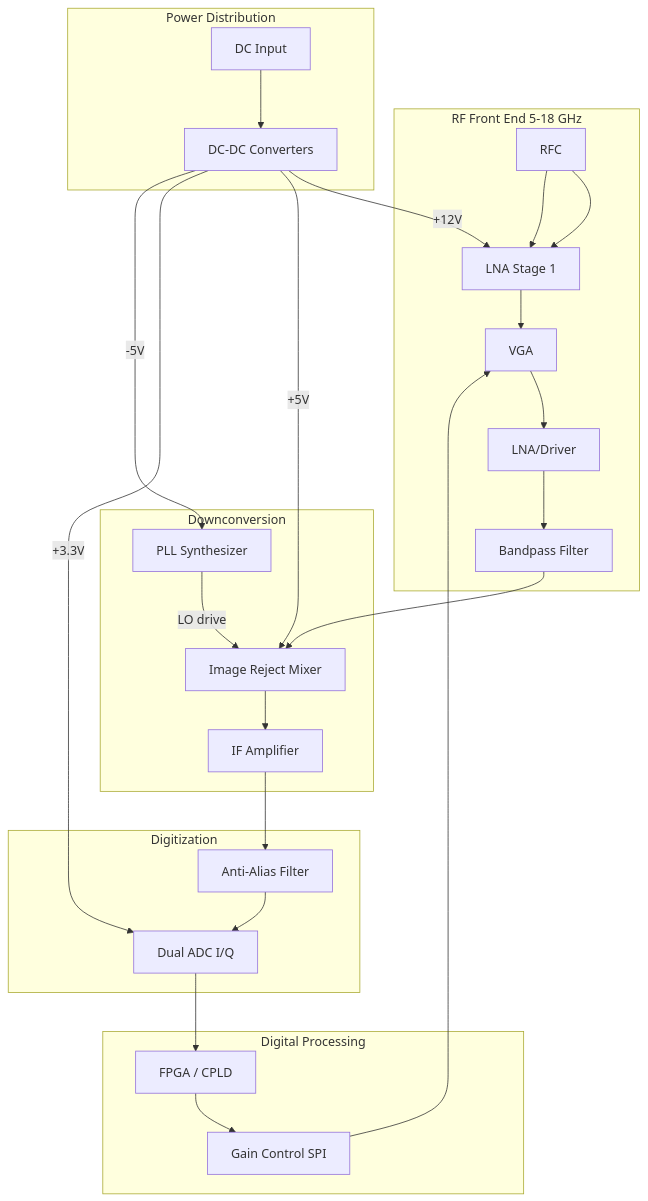
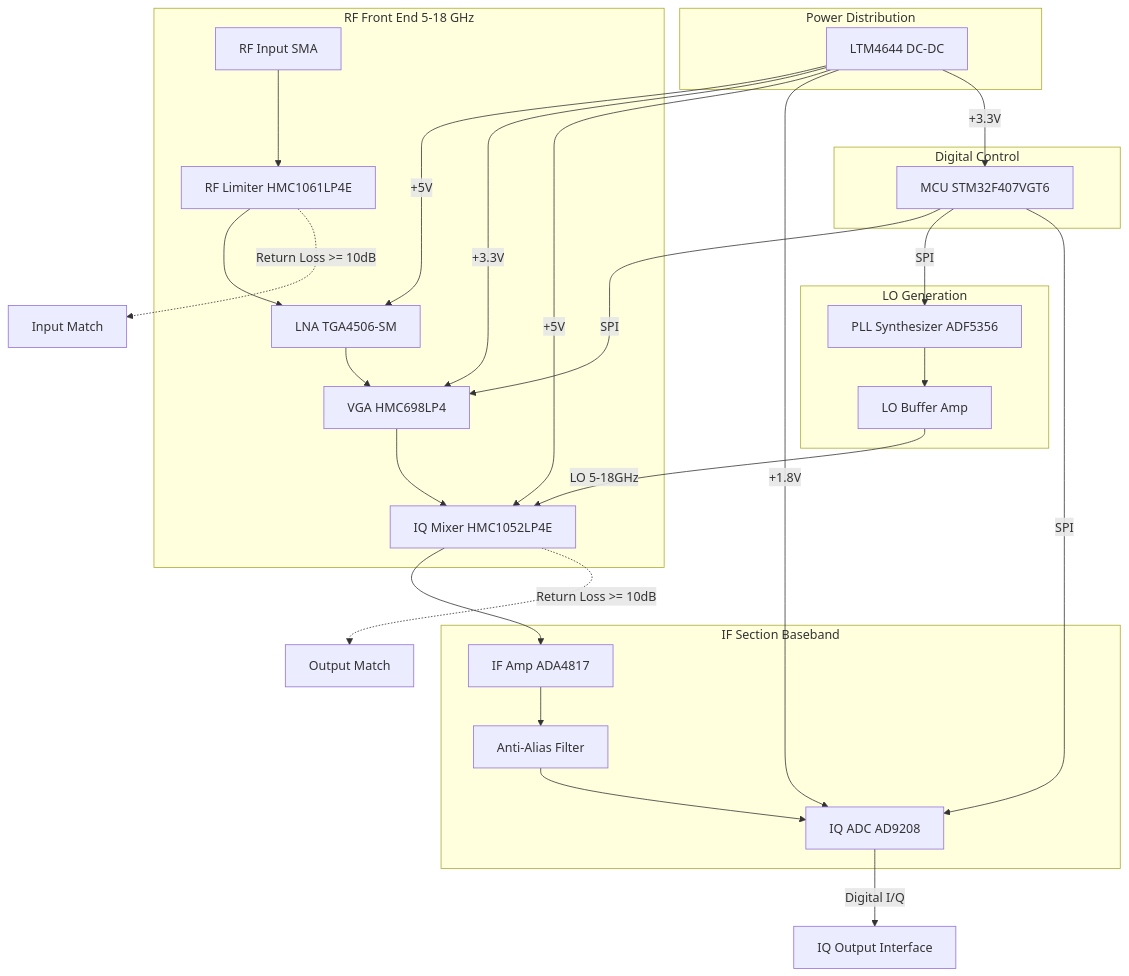
Before and after one commit to bala9066/AI_S2S_Code: the diagram in architecture.md, drawn with Mermaid. The commit also changed 31 other files, not shown here.

````diff
--- a/architecture.md
+++ b/architecture.md
@@ -4,35 +4,56 @@
 ```mermaid
 flowchart TD
-    subgraph RF_CHAIN["RF Front End 5-18 GHz"]
-        IN[RFC] --> LNA1[LNA Stage 1]
-        LNA1 --> VGA[VGA]
-        VGA --> LNA2[LNA/Driver]
-        LNA2 --> BPF[Bandpass Filter]
+    subgraph RF_FRONT_END[RF Front End 5-18 GHz]
+        RF_IN[RF Input SMA]
+        LIM[RF Limiter HMC1061LP4E]
+        LNA[LNA TGA4506-SM]
+        VGA[VGA HMC698LP4]
+        MIX[IQ Mixer HMC1052LP4E]
+        
+        RF_IN --> LIM
+        LIM --> LNA
+        LNA --> VGA
+        VGA --> MIX
     end
     
-    subgraph CONVERSION["Downconversion"]
-        BPF --> MIX[Image Reject Mixer]
-        LO[PLL Synthesizer] -->|LO drive| MIX
-        MIX --> IF[IF Amplifier]
+    subgraph LO_SECTION[LO Generation]
+        LO_SYN[PLL Synthesizer ADF5356]
+        LO_AMP[LO Buffer Amp]
+        
+        LO_SYN --> LO_AMP
     end
     
-    subgraph DIGITIZER["Digitization"]
-        IF --> AAF[Anti-Alias Filter]
-        AAF --> ADC[Dual ADC I/Q]
+    subgraph IF_CHAIN[IF Section Baseband]
+        IF_AMP[IF Amp ADA4817]
+        AAF[Anti-Alias Filter]
+        ADC[IQ ADC AD9208]
+        
+        MIX --> IF_AMP
+        IF_AMP --> AAF
+        AAF --> ADC
     end
     
-    subgraph PROCESSING["Digital Processing"]
-        ADC --> FPGA[FPGA / CPLD]
-        FPGA --> CTRL[Gain Control SPI]
-        CTRL --> VGA
+    subgraph DIGITAL[Digital Control]
+        MCU[MCU STM32F407VGT6]
+        
+        MCU -->|SPI| VGA
+        MCU -->|SPI| LO_SYN
+        MCU -->|SPI| ADC
     end
     
-    subgraph POWER["Power Distribution"]
-        EXT[DC Input] --> REG[DC-DC Converters]
-        REG -->|+12V| LNA1
-        REG -->|+5V| MIX
-        REG -->|+3.3V| ADC
-        REG -->|-5V| LO
+    subgraph POWER[Power Distribution]
+        DC_DC[LTM4644 DC-DC]
+        
+        DC_DC -->|+5V| LNA
+        DC_DC -->|+3.3V| VGA
+        DC_DC -->|+5V| MIX
+        DC_DC -->|+1.8V| ADC
+        DC_DC -->|+3.3V| MCU
     end
-    IN --> LNA1
+    
+    LO_AMP -->|LO 5-18GHz| MIX
+    ADC -->|Digital I/Q| IQ_OUT[IQ Output Interface]
+    
+    LIM -.->|Return Loss >= 10dB| RL_IN[Input Match]
+    MIX -.->|Return Loss >= 10dB| RL_OUT[Output Match]
 ```
````
